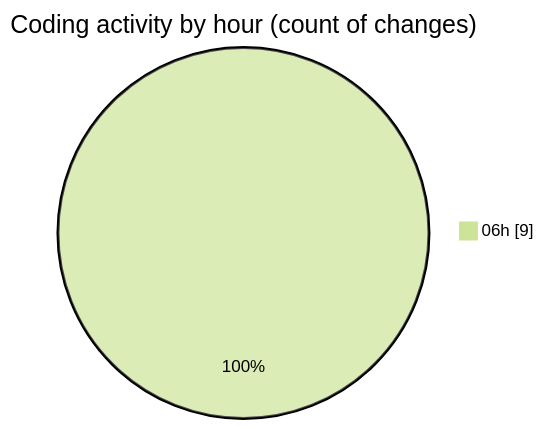
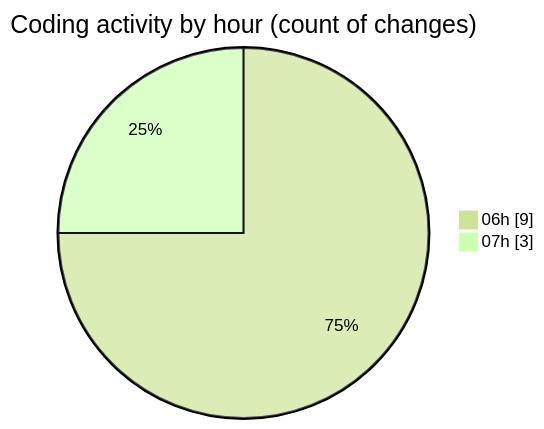
The second of 2 diagrams in 2025-05-11/elitesun/README.md (Elitesun/code-tracking), drawn with Mermaid (forest theme) before and after one commit. The commit also changed other lines of this file and 1 other file, not shown here.

````diff
--- a/2025-05-11/elitesun/README.md
+++ b/2025-05-11/elitesun/README.md
@@ -34,5 +35,6 @@
 ```mermaid
 pie showData
 title Coding activity by hour (count of changes)
 "06h" : 9
+"07h" : 3
 ```
````
